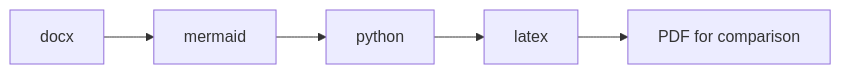
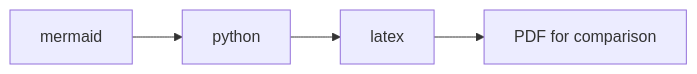
Before and after one commit to ethercod3/latex_thesis_template: the second of 2 diagrams in docs/en/pdf-diff.md, drawn with Mermaid. The commit also changed other lines of this file and 12 other files, not shown here.

````diff
--- a/docs/en/pdf-diff.md
+++ b/docs/en/pdf-diff.md
@@ -63,7 +56,6 @@
 ```mermaid
 flowchart LR
-    DOCX["docx"] --> MERMAID["mermaid"]
-    MERMAID --> PYTHON["python"]
+    MERMAID["mermaid"] --> PYTHON["python"]
     PYTHON --> LATEX["latex"]
     LATEX --> RESULT["PDF for comparison"]
 ```
````
